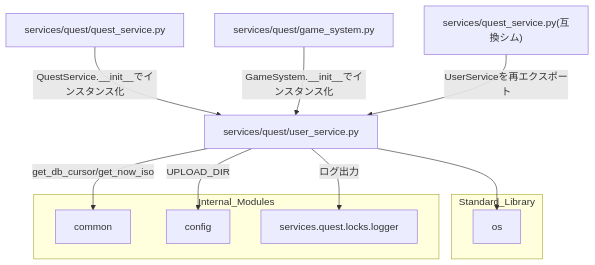
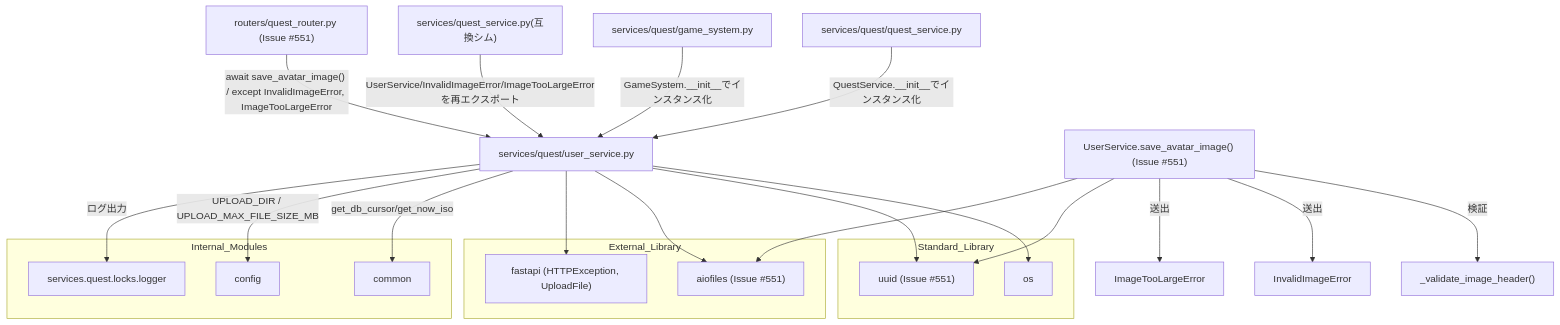
The third of 3 diagrams in docs/specifications/MY_HOME_SYSTEM/quest_user_service.md (mmtigers/my_python_project), drawn with Mermaid before and after one commit. The commit also changed other lines of this file and 4 other files, not shown here.

First line of the commit message:
Issue #551: services/quest分割・camera_router整理に伴う仕様書ドリフトを解消

````diff
--- a/docs/specifications/MY_HOME_SYSTEM/quest_user_service.md
+++ b/docs/specifications/MY_HOME_SYSTEM/quest_user_service.md
@@ -154,23 +251,40 @@
 ```mermaid
 graph TD
     UserServiceFile["services/quest/user_service.py"]
 
     subgraph Standard_Library
         OsMod["os"]
+        UuidMod["uuid (Issue #551)"]
+    end
+
+    subgraph External_Library
+        AiofilesMod["aiofiles (Issue #551)"]
+        FastapiMod["fastapi (HTTPException, UploadFile)"]
     end
 
     subgraph Internal_Modules
         CommonMod["common"]
         ConfigMod["config"]
         LocksLogger["services.quest.locks.logger"]
     end
 
     UserServiceFile --> OsMod
+    UserServiceFile --> UuidMod
+    UserServiceFile --> AiofilesMod
+    UserServiceFile --> FastapiMod
     UserServiceFile -->|"get_db_cursor/get_now_iso"| CommonMod
-    UserServiceFile -->|"UPLOAD_DIR"| ConfigMod
+    UserServiceFile -->|"UPLOAD_DIR / UPLOAD_MAX_FILE_SIZE_MB"| ConfigMod
     UserServiceFile -->|"ログ出力"| LocksLogger
+
+    SaveAvatarImage["UserService.save_avatar_image() (Issue #551)"]
+    SaveAvatarImage -->|"検証"| ValidateHeader["_validate_image_header()"]
+    SaveAvatarImage -->|"送出"| InvalidImg["InvalidImageError"]
+    SaveAvatarImage -->|"送出"| TooLargeImg["ImageTooLargeError"]
+    SaveAvatarImage --> UuidMod
+    SaveAvatarImage --> AiofilesMod
 
     QuestServiceFile["services/quest/quest_service.py"] -->|"QuestService.__init__でインスタンス化"| UserServiceFile
     GameSystemFile["services/quest/game_system.py"] -->|"GameSystem.__init__でインスタンス化"| UserServiceFile
-    ShimFile["services/quest_service.py(互換シム)"] -->|"UserServiceを再エクスポート"| UserServiceFile
+    ShimFile["services/quest_service.py(互換シム)"] -->|"UserService/InvalidImageError/ImageTooLargeErrorを再エクスポート"| UserServiceFile
+    QuestRouterFile["routers/quest_router.py (Issue #551)"] -->|"await save_avatar_image() / except InvalidImageError, ImageTooLargeError"| UserServiceFile
 ```
````
